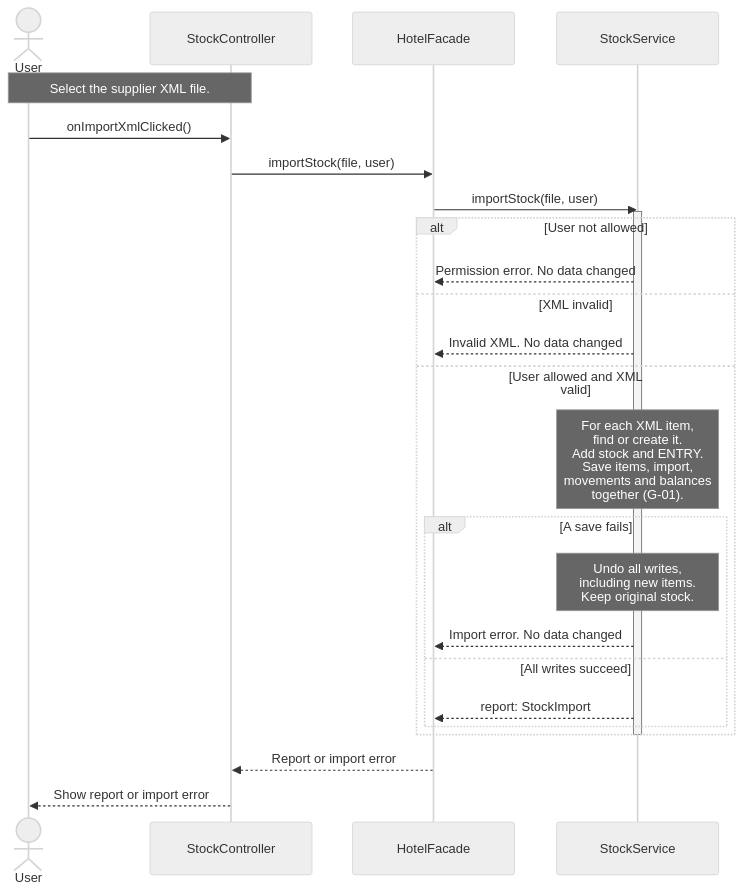
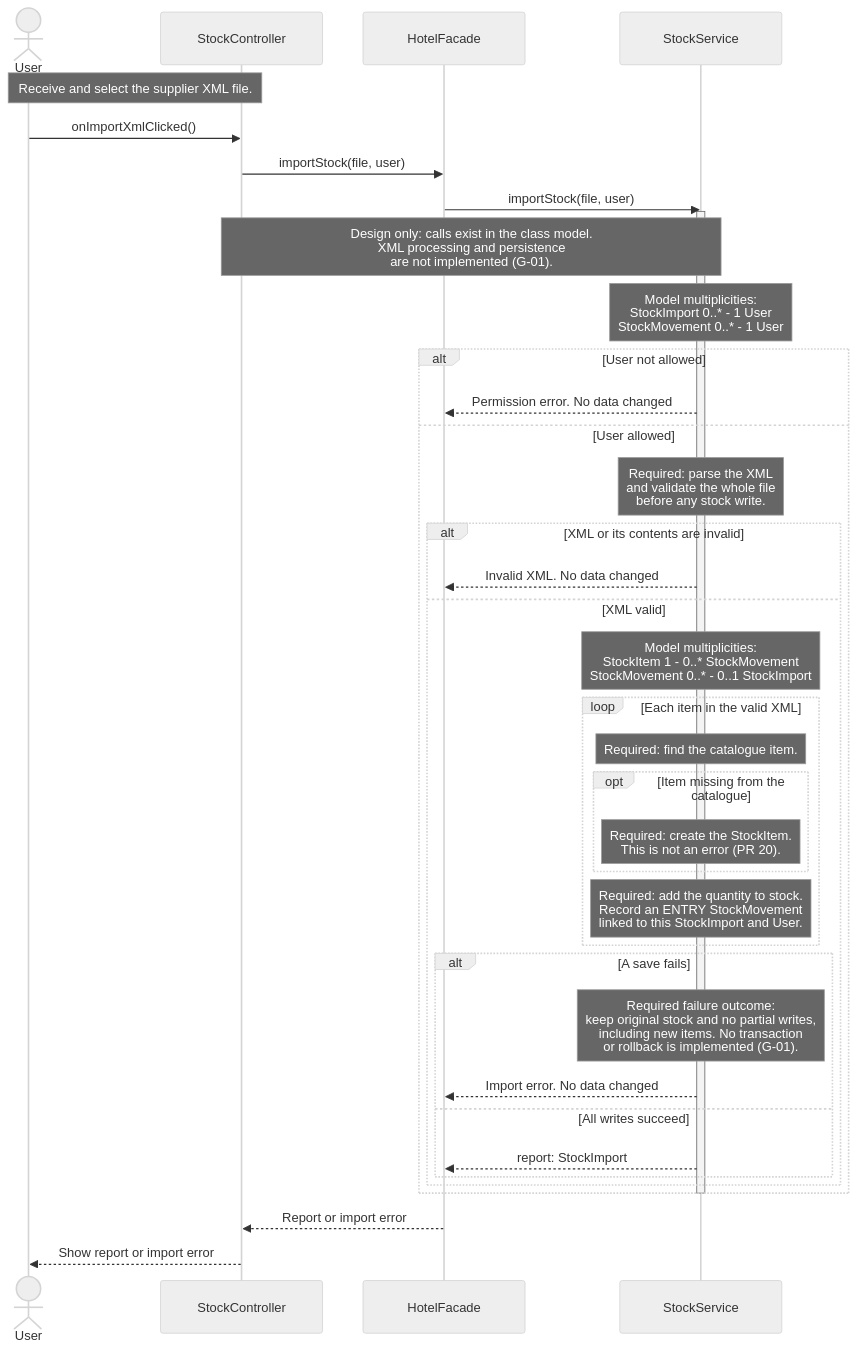
The second of 2 diagrams in docs/uml/sequence-diagrams.md (BorjaTiago/hotel4you), drawn with Mermaid before and after one commit. The commit also changed other lines of this file and 1 other file, not shown here.

Commit message:
H4Y-8 clarify sequence flows and show cardinalities

````diff
--- a/docs/uml/sequence-diagrams.md
+++ b/docs/uml/sequence-diagrams.md
@@ -84,29 +86,41 @@
 ```mermaid
-%%{init: {"theme":"neutral","fontFamily":"Arial","sequence":{"actorFontFamily":"Arial","noteFontFamily":"Arial","messageFontFamily":"Arial","width":200,"wrap":true}}}%%
+%%{init: {"theme":"neutral","fontFamily":"Arial","sequence":{"actorFontFamily":"Arial","noteFontFamily":"Arial","messageFontFamily":"Arial","width":200,"wrap":false}}}%%
 sequenceDiagram
     actor User
     participant SC as StockController
     participant F as HotelFacade
     participant SS as StockService
-    Note over User,SC: Select the supplier XML file.
+    Note over User,SC: Receive and select the supplier XML file.
     User->>SC: onImportXmlClicked()
     SC->>F: importStock(file, user)
     F->>SS: importStock(file, user)
     activate SS
+    Note over SC,SS: Design only: calls exist in the class model.<br/>XML processing and persistence<br/>are not implemented (G-01).
+    Note over SS: Model multiplicities:<br/>StockImport 0..* - 1 User<br/>StockMovement 0..* - 1 User
     alt User not allowed
         SS-->>F: Permission error. No data changed
-    else XML invalid
-        SS-->>F: Invalid XML. No data changed
-    else User allowed and XML valid
-        Note over SS: For each XML item,<br/>find or create it.<br/>Add stock and ENTRY.<br/>Save items, import,<br/>movements and balances<br/>together (G-01).
-        alt A save fails
-            Note over SS: Undo all writes,<br/>including new items.<br/>Keep original stock.
-            SS-->>F: Import error. No data changed
-        else All writes succeed
-            SS-->>F: report: StockImport
+    else User allowed
+        Note over SS: Required: parse the XML<br/>and validate the whole file<br/>before any stock write.
+        alt XML or its contents are invalid
+            SS-->>F: Invalid XML. No data changed
+        else XML valid
+            Note over SS: Model multiplicities:<br/>StockItem 1 - 0..* StockMovement<br/>StockMovement 0..* - 0..1 StockImport
+            loop Each item in the valid XML
+                Note over SS: Required: find the catalogue item.
+                opt Item missing from the catalogue
+                    Note over SS: Required: create the StockItem.<br/>This is not an error (PR 20).
+                end
+                Note over SS: Required: add the quantity to stock.<br/>Record an ENTRY StockMovement<br/>linked to this StockImport and User.
+            end
+            alt A save fails
+                Note over SS: Required failure outcome:<br/>keep original stock and no partial writes,<br/>including new items. No transaction<br/>or rollback is implemented (G-01).
+                SS-->>F: Import error. No data changed
+            else All writes succeed
+                SS-->>F: report: StockImport
+            end
         end
     end
     deactivate SS
     F-->>SC: Report or import error
     SC-->>User: Show report or import error
 ```
````
